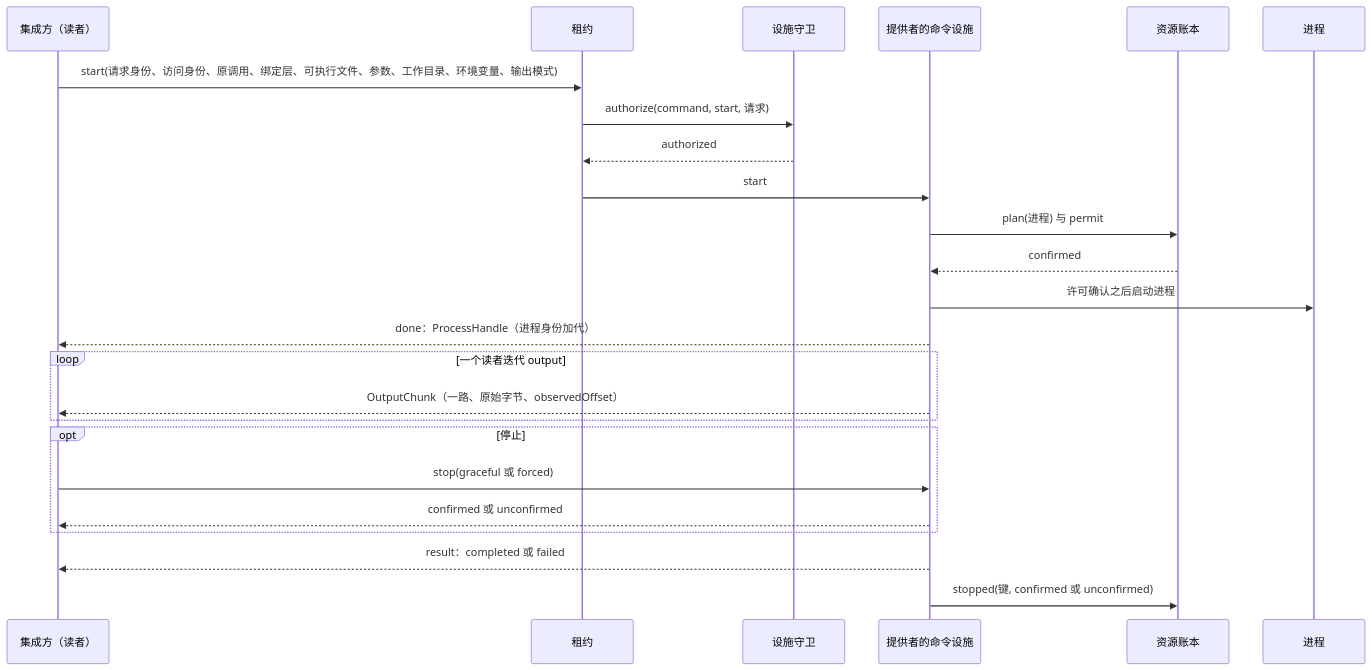
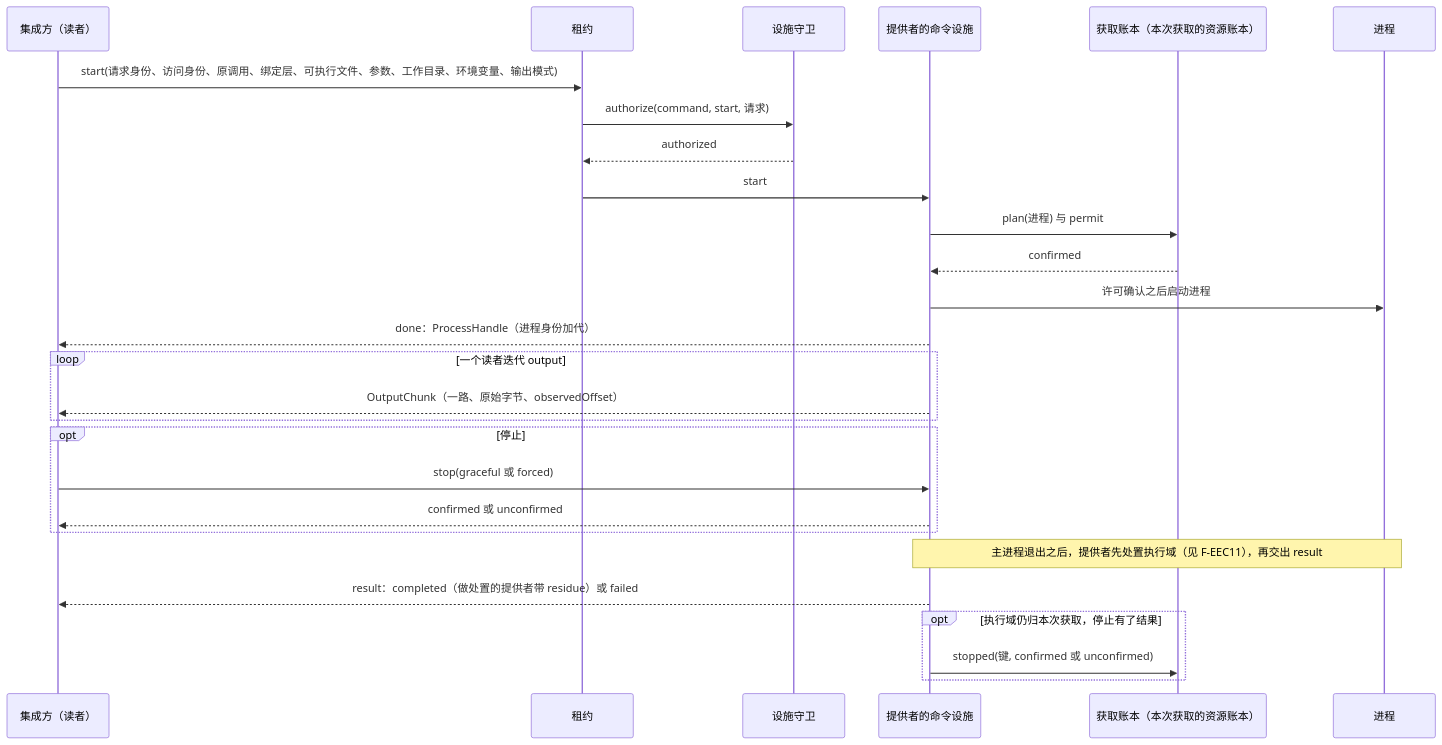
The seventh of 11 diagrams in packages/execution/execution-environment-contract/docs/flows.md (nemori-ai/omne-harness-lite), drawn with Mermaid before and after one commit. The commit also changed other lines of this file, not shown here.

First line of the commit message:
docs(execution-environment-contract): 终端段与命令终局的流程按现行条款重画，新增处置与移交流程 F-EEC11（#1137）

````diff
--- a/packages/execution/execution-environment-contract/docs/flows.md
+++ b/packages/execution/execution-environment-contract/docs/flows.md
@@ -244,26 +244,29 @@
 ```mermaid
 sequenceDiagram
   participant I as 集成方（读者）
   participant L as 租约
   participant G as 设施守卫
   participant P as 提供者的命令设施
-  participant R as 资源账本
+  participant R as 获取账本（本次获取的资源账本）
   participant X as 进程
   I->>L: start(请求身份、访问身份、原调用、绑定层、可执行文件、参数、工作目录、环境变量、输出模式)
   L->>G: authorize(command, start, 请求)
   G-->>L: authorized
   L->>P: start
   P->>R: plan(进程) 与 permit
   R-->>P: confirmed
   P->>X: 许可确认之后启动进程
   P-->>I: done：ProcessHandle（进程身份加代）
   loop 一个读者迭代 output
     P-->>I: OutputChunk（一路、原始字节、observedOffset）
   end
   opt 停止
     I->>P: stop(graceful 或 forced)
     P-->>I: confirmed 或 unconfirmed
   end
-  P-->>I: result：completed 或 failed
-  P->>R: stopped(键, confirmed 或 unconfirmed)
+  Note over P,X: 主进程退出之后，提供者先处置执行域（见 F-EEC11），再交出 result
+  P-->>I: result：completed（做处置的提供者带 residue）或 failed
+  opt 执行域仍归本次获取，停止有了结果
+    P->>R: stopped(键, confirmed 或 unconfirmed)
+  end
 ```
````
